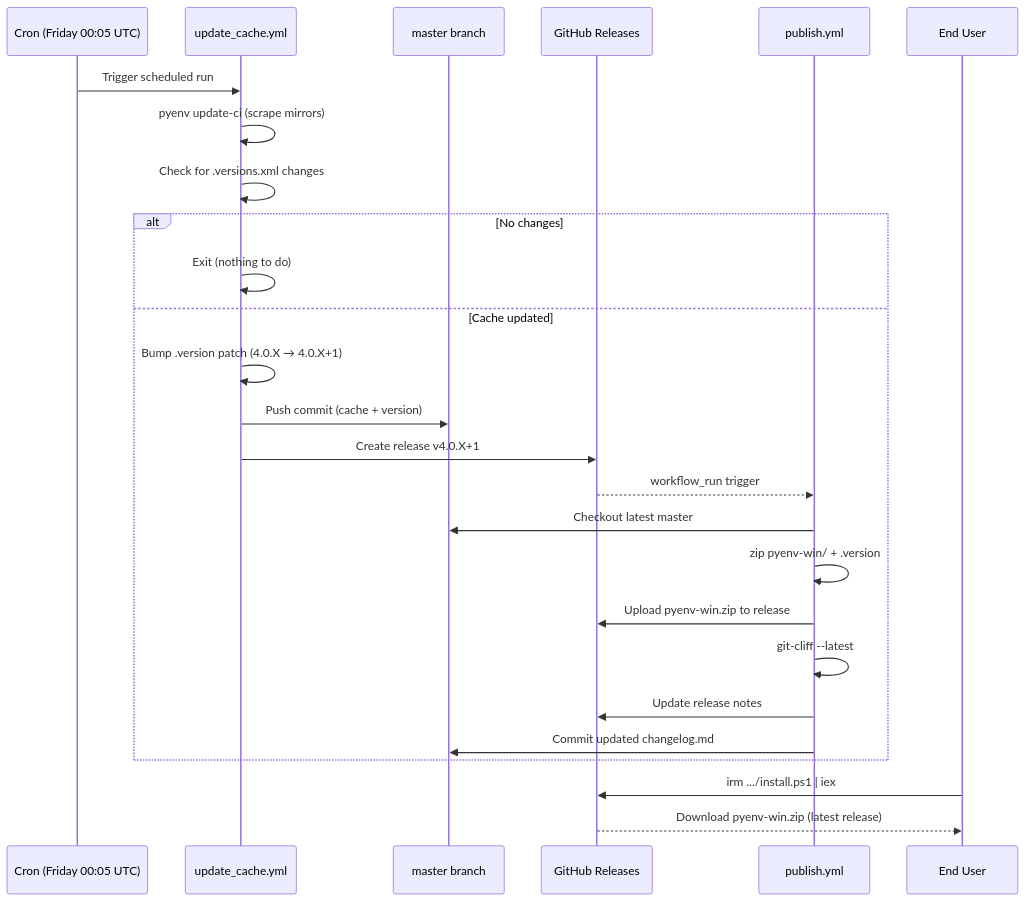
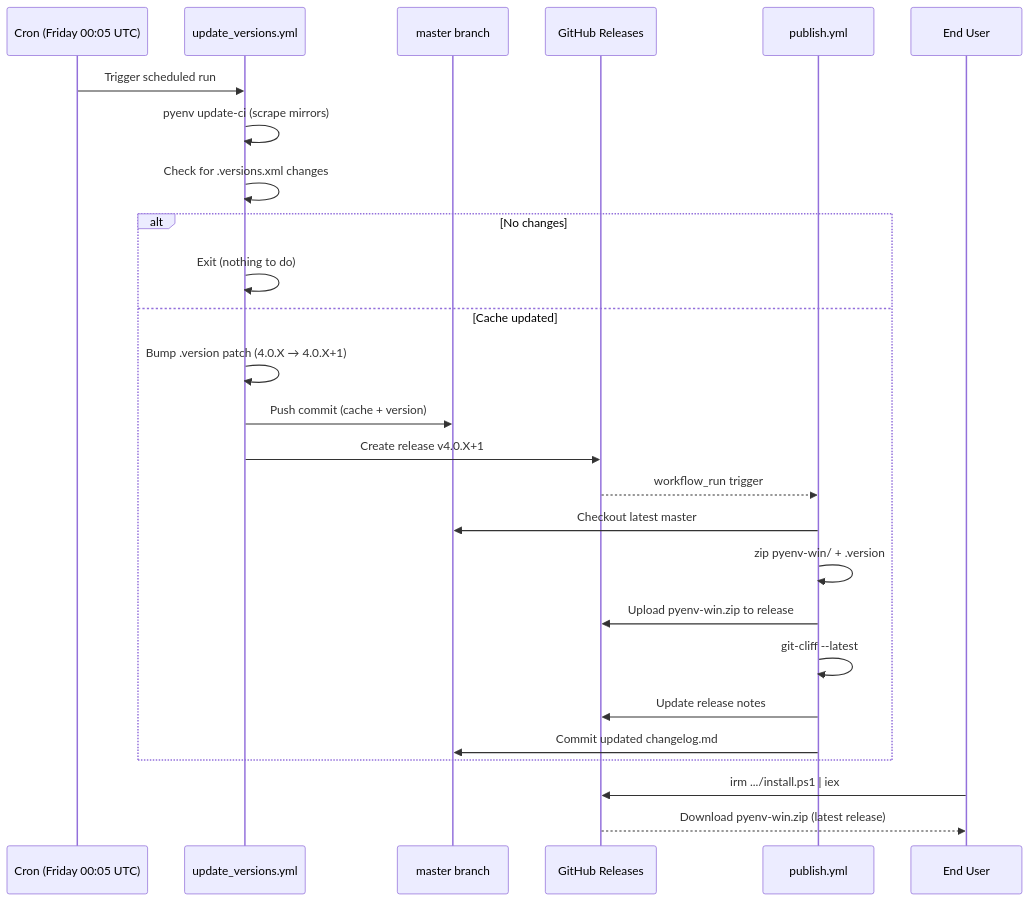
One commit to Satori-Analytics/pyenv-win changed the first of 3 diagrams in docs/ci-cd-workflows.md. Above: the diagram before and after it, drawn with Mermaid. The commit also changed other lines of this file and 3 other files, not shown here.

````diff
--- a/docs/ci-cd-workflows.md
+++ b/docs/ci-cd-workflows.md
@@ -51,31 +51,31 @@
 ```mermaid
 sequenceDiagram
     participant Cron as Cron (Friday 00:05 UTC)
-    participant UC as update_cache.yml
+    participant UC as update_versions.yml
     participant Master as master branch
     participant GH as GitHub Releases
     participant Pub as publish.yml
     participant User as End User
 
     Cron->>UC: Trigger scheduled run
     UC->>UC: pyenv update-ci (scrape mirrors)
     UC->>UC: Check for .versions.xml changes
 
     alt No changes
         UC->>UC: Exit (nothing to do)
     else Cache updated
         UC->>UC: Bump .version patch (4.0.X → 4.0.X+1)
         UC->>Master: Push commit (cache + version)
         UC->>GH: Create release v4.0.X+1
         GH-->>Pub: workflow_run trigger
         Pub->>Master: Checkout latest master
         Pub->>Pub: zip pyenv-win/ + .version
         Pub->>GH: Upload pyenv-win.zip to release
         Pub->>Pub: git-cliff --latest
         Pub->>GH: Update release notes
         Pub->>Master: Commit updated changelog.md
     end
 
     User->>GH: irm .../install.ps1 | iex
     GH-->>User: Download pyenv-win.zip (latest release)
 ```
````
